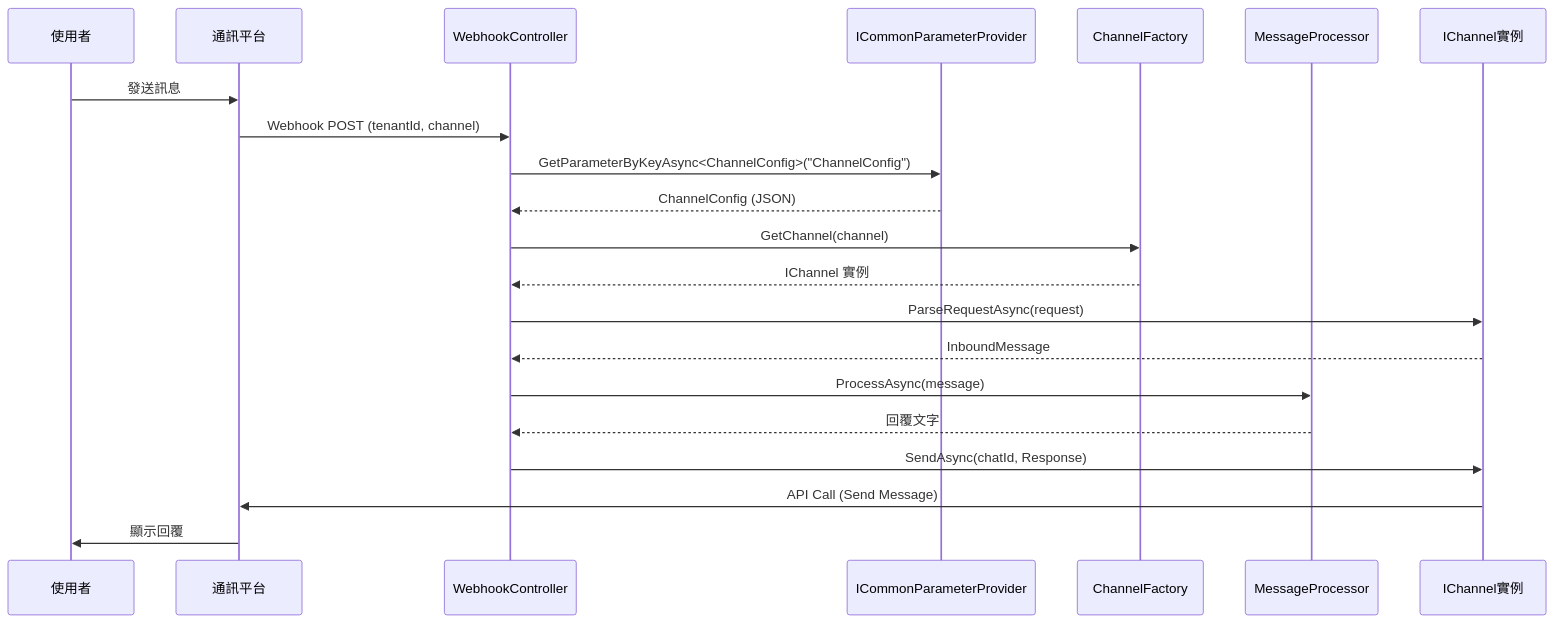
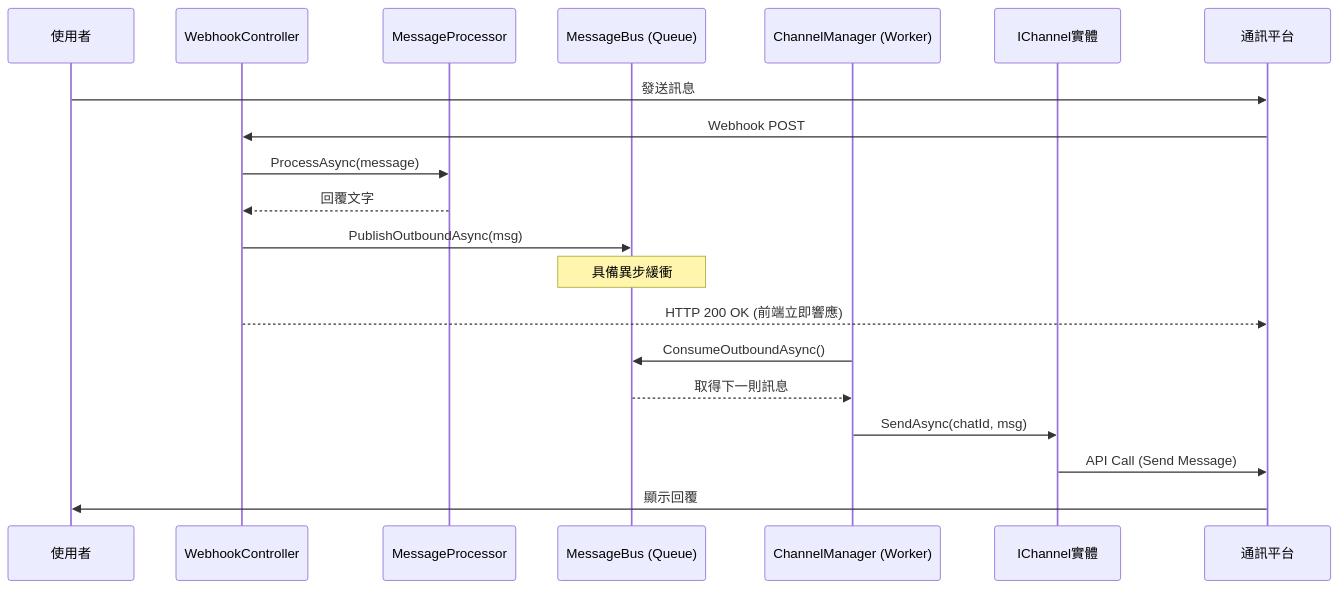
One commit to bruceagentadmin/MessageHub changed the third of 5 diagrams in docs/source_req/CHANNEL_SYSTEM_CS_MULTITENANT.md. Above: the diagram before and after it, drawn with Mermaid. The commit also changed other lines of this file and 32 other files, not shown here.

Commit message:
feat: Implement initial message hub architecture with core models, channel infrastructure, API webhooks, application services, and unit tests.

````diff
--- a/docs/source_req/CHANNEL_SYSTEM_CS_MULTITENANT.md
+++ b/docs/source_req/CHANNEL_SYSTEM_CS_MULTITENANT.md
@@ -89,24 +119,24 @@
 ```mermaid
 sequenceDiagram
     participant User as 使用者
+    participant WC as WebhookController
+    participant MP as MessageProcessor
+    participant Bus as MessageBus (Queue)
+    participant CM as ChannelManager (Worker)
+    participant Ch as IChannel實體
     participant Plat as 通訊平台
-    participant WC as WebhookController
-    participant PP as ICommonParameterProvider
-    participant CF as ChannelFactory
-    participant MP as MessageProcessor
-    participant Ch as IChannel實例
 
     User->>Plat: 發送訊息
-    Plat->>WC: Webhook POST (tenantId, channel)
-    WC->>PP: GetParameterByKeyAsync<ChannelConfig>("ChannelConfig")
-    PP-->>WC: ChannelConfig (JSON)
-    WC->>CF: GetChannel(channel)
-    CF-->>WC: IChannel 實例
-    WC->>Ch: ParseRequestAsync(request)
-    Ch-->>WC: InboundMessage
+    Plat->>WC: Webhook POST
     WC->>MP: ProcessAsync(message)
     MP-->>WC: 回覆文字
-    WC->>Ch: SendAsync(chatId, Response)
+    WC->>Bus: PublishOutboundAsync(msg)
+    Note over Bus: 具備異步緩衝
+    WC-->>Plat: HTTP 200 OK (前端立即響應)
+    
+    CM->>Bus: ConsumeOutboundAsync()
+    Bus-->>CM: 取得下一則訊息
+    CM->>Ch: SendAsync(chatId, msg)
     Ch->>Plat: API Call (Send Message)
     Plat->>User: 顯示回覆
 ```
````
